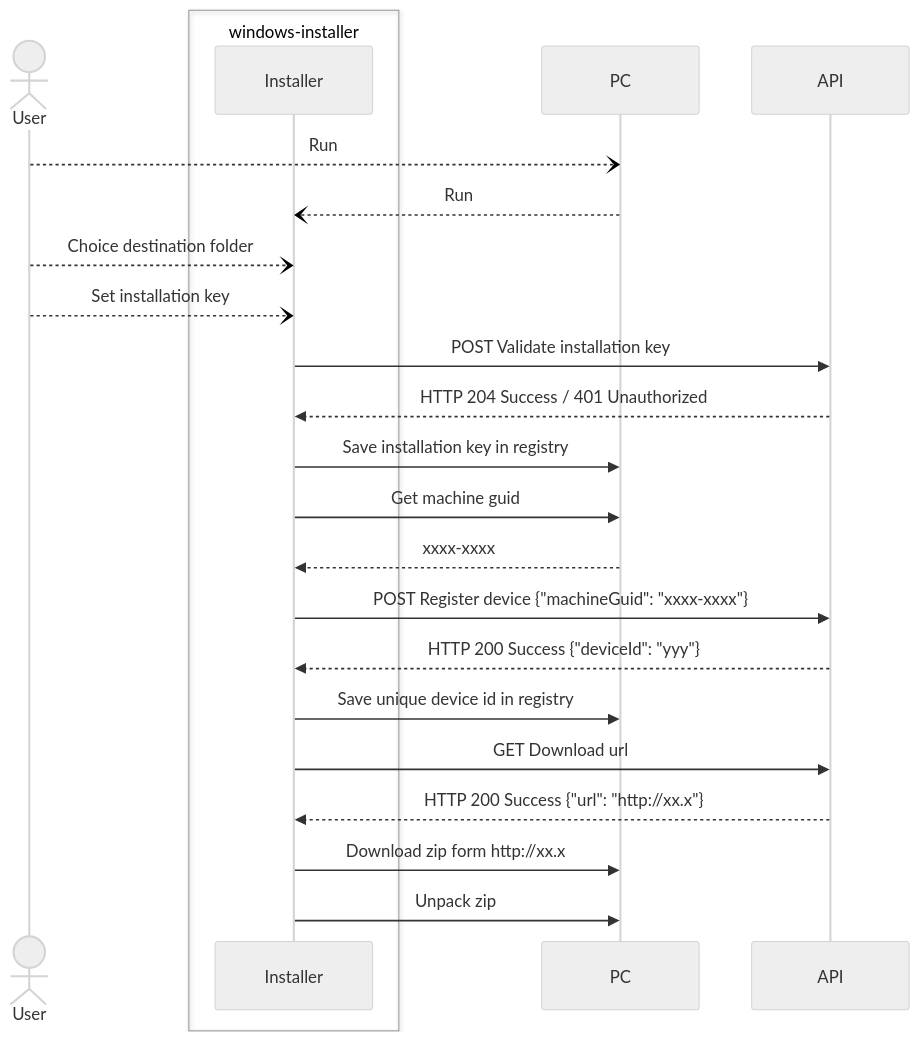
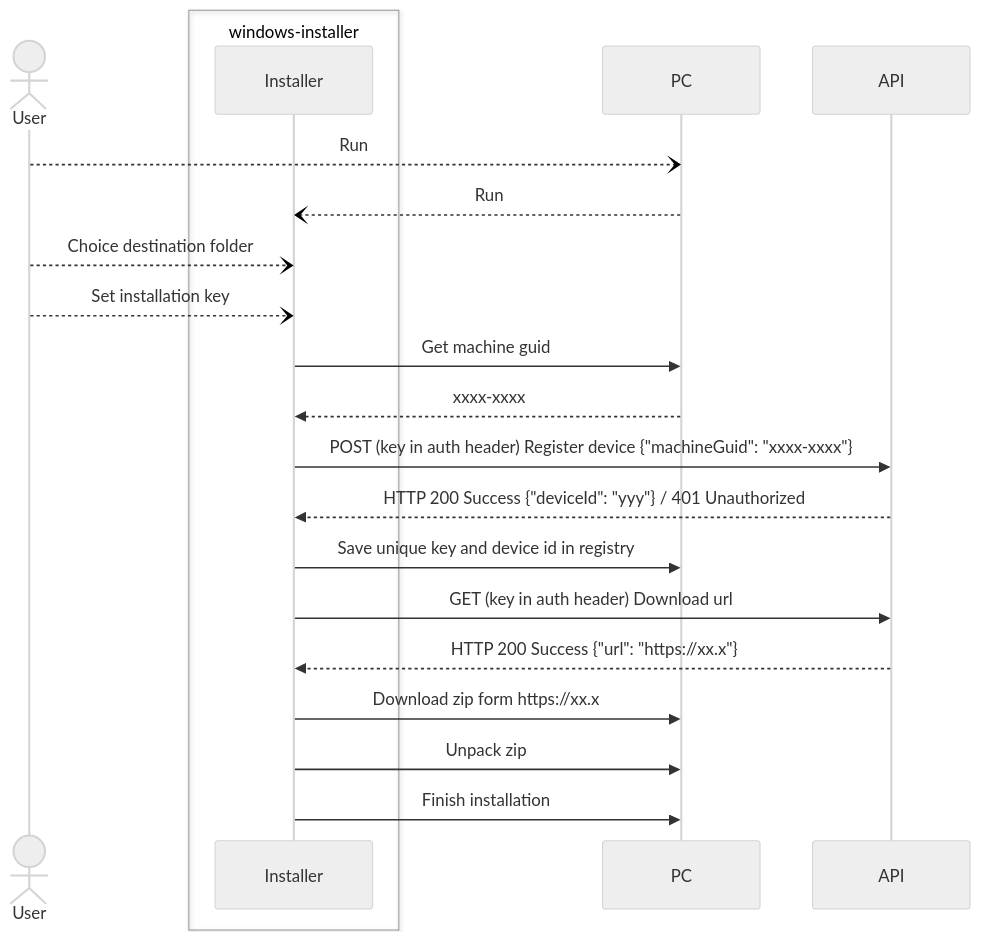
The diagram in README.md (lukiqs/windows-installer), drawn with Mermaid (neutral theme) before and after one commit.

Commit message:
Add flow diagram

````diff
--- a/README.md
+++ b/README.md
@@ -28,23 +28,21 @@
 ```mermaid
 sequenceDiagram
     actor User
     box windows-installer
         participant Installer
     end
     User--)PC: Run
     PC--)Installer: Run
     User--)Installer: Choice destination folder
     User--)Installer: Set installation key
-    Installer->>API: POST Validate installation key
-    API-->>Installer: HTTP 204 Success / 401 Unauthorized
-    Installer->>PC: Save installation key in registry
     Installer->>PC: Get machine guid
     PC-->>Installer: xxxx-xxxx
-    Installer->>API: POST Register device {"machineGuid": "xxxx-xxxx"}
-    API-->>Installer: HTTP 200 Success {"deviceId": "yyy"}
-    Installer->>PC: Save unique device id in registry
-    Installer->>API: GET Download url
-    API-->>Installer: HTTP 200 Success {"url": "http://xx.x"}
-    Installer->>PC: Download zip form http://xx.x
-    Installer->>PC: Unpack zip 
+    Installer->>API: POST (key in auth header) Register device {"machineGuid": "xxxx-xxxx"}
+    API-->>Installer: HTTP 200 Success {"deviceId": "yyy"} / 401 Unauthorized
+    Installer->>PC: Save unique key and device id in registry
+    Installer->>API: GET (key in auth header) Download url
+    API-->>Installer: HTTP 200 Success {"url": "https://xx.x"}
+    Installer->>PC: Download zip form https://xx.x
+    Installer->>PC: Unpack zip
+    Installer->>PC: Finish installation
 ```
````
